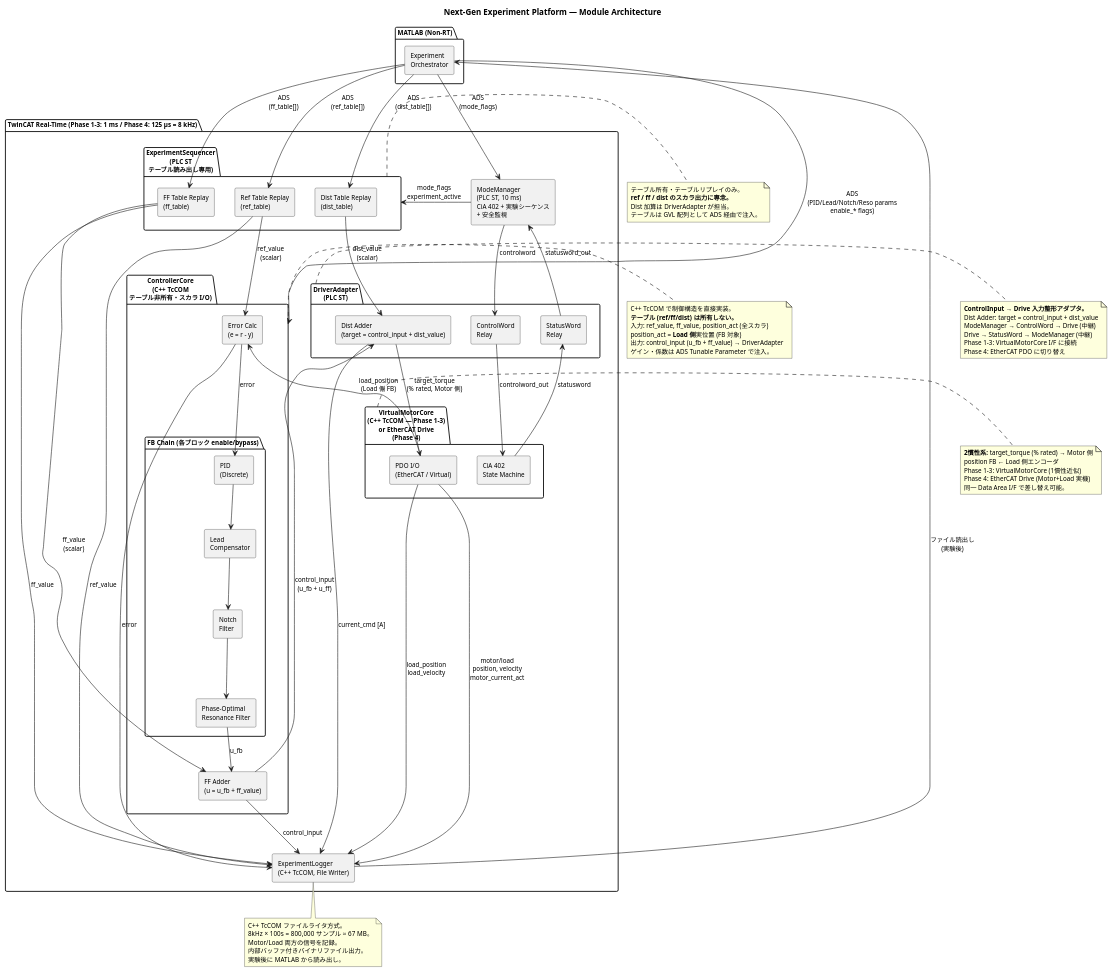
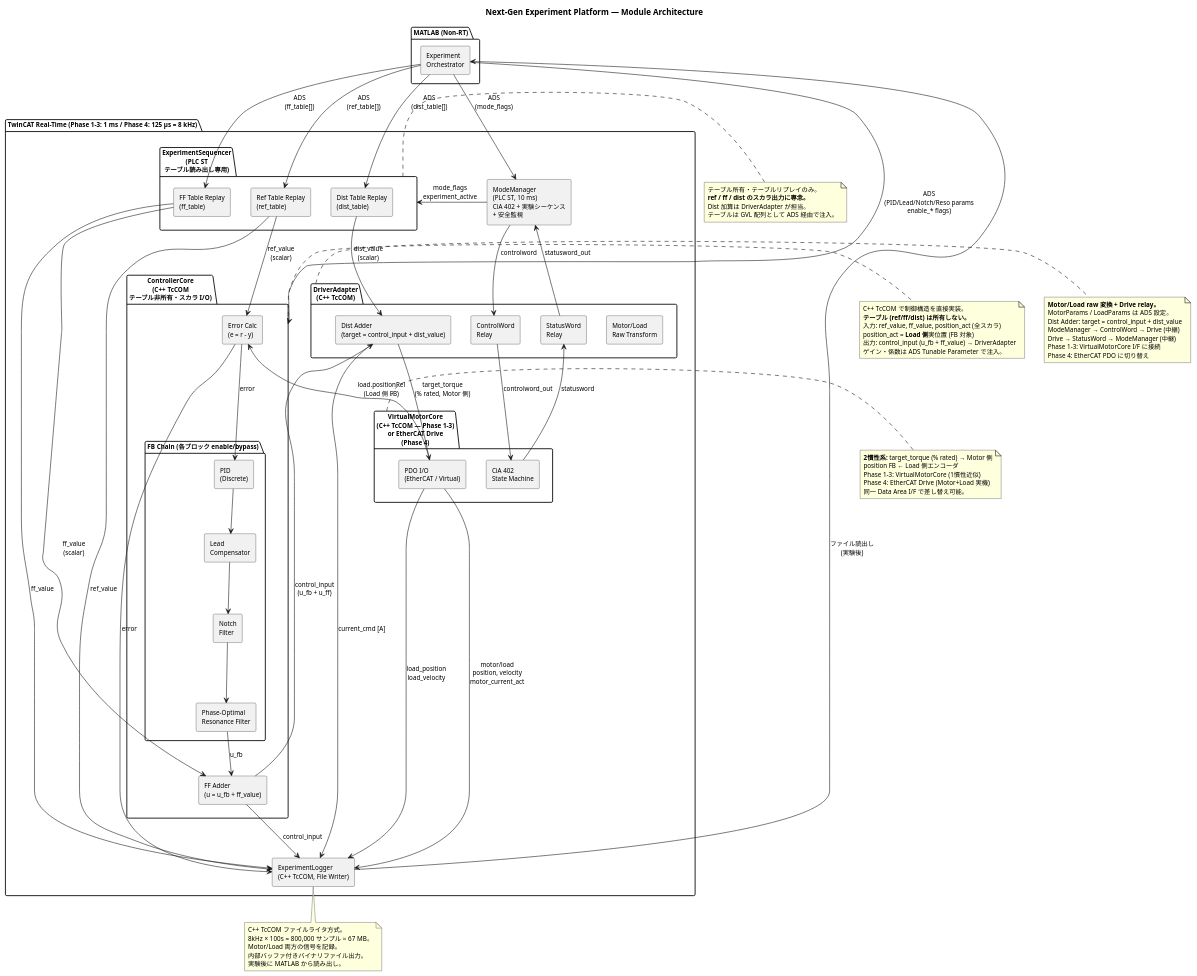
One commit to MONIN013/Experiment-Hail-Mary changed the diagram in docs/architecture/diagrams/NewProjectBlock.pu. Above: the diagram before and after it, drawn with PlantUML. The commit also changed 26 other files, not shown here.

First line of the commit message:
[wow] DriverAdapter documentation and architecture diagrams

```diff
--- a/docs/architecture/diagrams/NewProjectBlock.pu
+++ b/docs/architecture/diagrams/NewProjectBlock.pu
@@ -1,158 +1,160 @@
 @startuml
 skinparam componentStyle rectangle
 skinparam shadowing false
 skinparam defaultFontSize 11
 
 title Next-Gen Experiment Platform — Module Architecture
 
 ' ============================================================
 '  TwinCAT Real-Time Layer
 ' ============================================================
 package "TwinCAT Real-Time (Phase 1-3: 1 ms / Phase 4: 125 µs = 8 kHz)" {
 
   ' ---- Drive / Plant ----
   package "VirtualMotorCore\n(C++ TcCOM — Phase 1-3)\nor EtherCAT Drive\n(Phase 4)" as Drive {
     [CiA 402\nState Machine] as CiA
     [PDO I/O\n(EtherCAT / Virtual)] as PDO
   }
 
-  ' ---- DriverAdapter (PLC ST — ControlInput→Drive整形 + CW/SW中継) ----
-  package "DriverAdapter\n(PLC ST)" as DA {
+  ' ---- DriverAdapter (C++ TcCOM — Motor/Load raw変換 + CW/SW中継) ----
+  package "DriverAdapter\n(C++ TcCOM)" as DA {
+    [Motor/Load\nRaw Transform] as RawXform
     [Dist Adder\n(target = control_input + dist_value)] as DistAddDrv
     [ControlWord\nRelay] as CWRelay
     [StatusWord\nRelay] as SWRelay
   }
 
   ' ---- ControllerCore (C++ TcCOM — 誤差計算 + FB Chain + FF付加) ----
   package "ControllerCore\n(C++ TcCOM\nテーブル非所有・スカラ I/O)" as CC {
     [Error Calc\n(e = r - y)] as Err
 
     package "FB Chain (各ブロック enable/bypass)" {
       [PID\n(Discrete)] as PID
       [Lead\nCompensator] as Lead
       [Notch\nFilter] as Notch
       [Phase-Optimal\nResonance Filter] as Reso
     }
 
     [FF Adder\n(u = u_fb + ff_value)] as FFAdd
   }
 
   ' ---- ExperimentSequencer (PLC ST — テーブル読み出し専用) ----
   package "ExperimentSequencer\n(PLC ST\nテーブル読み出し専用)" as Seq {
     [Ref Table Replay\n(ref_table)] as RefTbl
     [FF Table Replay\n(ff_table)] as FF
     [Dist Table Replay\n(dist_table)] as Dist
   }
 
   ' ---- ModeManager (PLC ST) ----
   [ModeManager\n(PLC ST, 10 ms)\nCiA 402 + 実験シーケンス\n+ 安全監視] as Mode
 
   ' ---- ExperimentLogger (C++ TcCOM) ----
   [ExperimentLogger\n(C++ TcCOM, File Writer)] as Log
 
   ' ---- Data flow: Drive → ControllerCore (Load 側 FB) ----
-  PDO --> Err : load_position\n(Load 側 FB)
+  PDO --> Err : load.positionRel\n(Load 側 FB)
   PDO --> Log : motor/load\nposition, velocity\nmotor_current_act
 
   ' ---- ExperimentSequencer → ControllerCore (スカラ) ----
   RefTbl --> Err : ref_value\n(scalar)
   FF --> FFAdd : ff_value\n(scalar)
 
   ' ---- ExperimentSequencer → DriverAdapter (dist_value) ----
   Dist --> DistAddDrv : dist_value\n(scalar)
 
   ' ---- ControllerCore internal ----
   Err --> PID : error
   PID --> Lead
   Lead --> Notch
   Notch --> Reso
   Reso --> FFAdd : u_fb
 
   ' ---- ControllerCore → DriverAdapter ----
   FFAdd --> DistAddDrv : control_input\n(u_fb + u_ff)
 
   ' ---- DriverAdapter → Drive (Motor 側入力) ----
   DistAddDrv --> PDO : target_torque\n(% rated, Motor 側)
 
   ' ---- ModeManager → DriverAdapter → Drive (ControlWord) ----
   Mode --> CWRelay : controlword
   CWRelay --> CiA : controlword_out
 
   ' ---- Drive → DriverAdapter → ModeManager (StatusWord) ----
   CiA --> SWRelay : statusword
   SWRelay --> Mode : statusword_out
 
   ' ---- ModeManager → ExperimentSequencer ----
   Mode --> Seq : mode_flags\nexperiment_active
 
   ' ---- Logging ----
   Err --> Log : error
   DistAddDrv --> Log : current_cmd [A]
   RefTbl --> Log : ref_value
   FF --> Log : ff_value
   FFAdd --> Log : control_input
   PDO --> Log : load_position\nload_velocity
 }
 
 ' ============================================================
 '  MATLAB Non-RT Layer
 ' ============================================================
 package "MATLAB (Non-RT)" {
   [Experiment\nOrchestrator] as Matlab
 }
 
 ' ---- ADS parameter injection (Non-RT → RT) ----
 Matlab --> Mode : ADS\n(mode_flags)
 Matlab --> CC : ADS\n(PID/Lead/Notch/Reso params\nenable_* flags)
 Matlab --> RefTbl : ADS\n(ref_table[])
 Matlab --> FF : ADS\n(ff_table[])
 Matlab --> Dist : ADS\n(dist_table[])
 
 ' ---- ADS data pull (RT → Non-RT) ----
 Log --> Matlab : ファイル読出し\n(実験後)
 
 ' ============================================================
 '  Notes
 ' ============================================================
 note right of CC
   C++ TcCOM で制御構造を直接実装。
   **テーブル (ref/ff/dist) は所有しない。**
   入力: ref_value, ff_value, position_act (全スカラ)
   position_act = **Load 側**実位置 (FB 対象)
   出力: control_input (u_fb + ff_value) → DriverAdapter
   ゲイン・係数は ADS Tunable Parameter で注入。
 end note
 
 note right of Seq
   テーブル所有・テーブルリプレイのみ。
   **ref / ff / dist のスカラ出力に専念。**
   Dist 加算は DriverAdapter が担当。
   テーブルは GVL 配列として ADS 経由で注入。
 end note
 
 note right of DA
-  **ControlInput → Drive 入力整形アダプタ。**
+  **Motor/Load raw 変換 + Drive relay。**
+  MotorParams / LoadParams は ADS 設定。
   Dist Adder: target = control_input + dist_value
   ModeManager → ControlWord → Drive (中継)
   Drive → StatusWord → ModeManager (中継)
   Phase 1-3: VirtualMotorCore I/F に接続
   Phase 4: EtherCAT PDO に切り替え
 end note
 
 note right of Drive
   **2慣性系:** target_torque (% rated) → Motor 側
   position FB ← Load 側エンコーダ
   Phase 1-3: VirtualMotorCore (1慣性近似)
   Phase 4: EtherCAT Drive (Motor+Load 実機)
   同一 Data Area I/F で差し替え可能。
 end note
 
 note bottom of Log
   C++ TcCOM ファイルライタ方式。
   8kHz × 100s = 800,000 サンプル ≈ 67 MB。
   Motor/Load 両方の信号を記録。
   内部バッファ付きバイナリファイル出力。
   実験後に MATLAB から読み出し。
 end note
 
 @enduml
```
